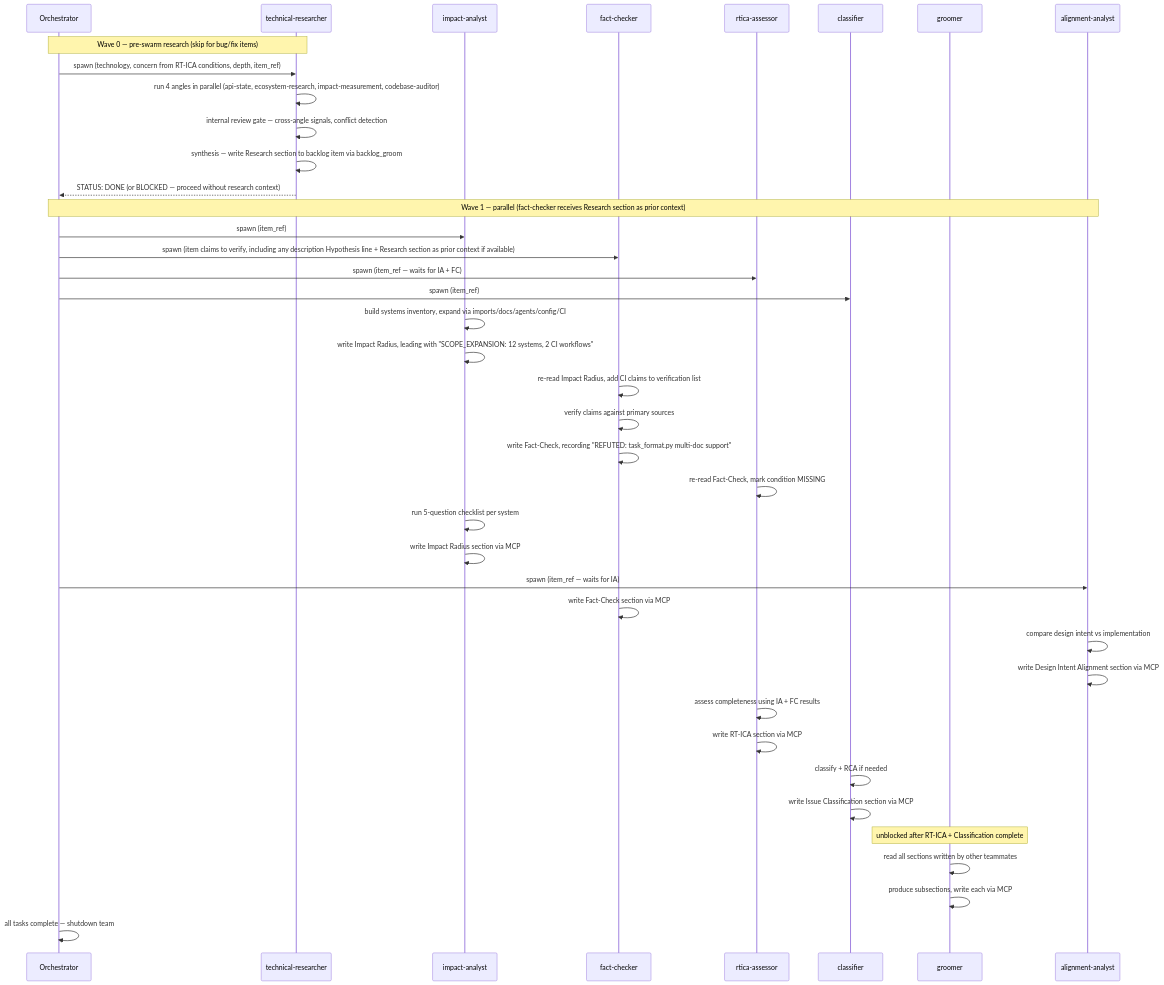
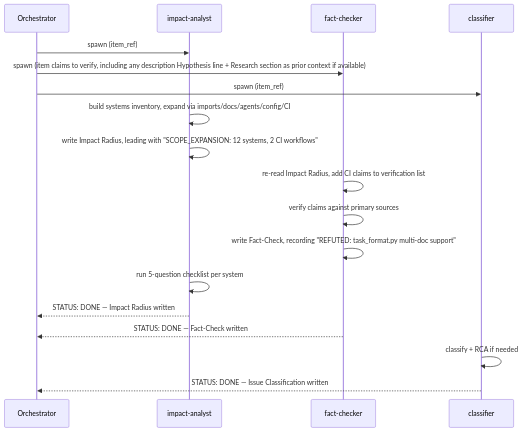
One commit to Jamie-BitFlight/claude_skills changed the first of 3 diagrams in plugins/development-harness/skills/work-backlog-item/references/workflows/groom/swarm.md. Above: the diagram before and after it, drawn with Mermaid. The commit also changed other lines of this file and 31 other files, not shown here.

````diff
--- a/plugins/development-harness/skills/work-backlog-item/references/workflows/groom/swarm.md
+++ b/plugins/development-harness/skills/work-backlog-item/references/workflows/groom/swarm.md
@@ -46,53 +67,25 @@
 ```mermaid
 sequenceDiagram
     participant O as Orchestrator
-    participant TR as technical-researcher
     participant IA as impact-analyst
     participant FC as fact-checker
-    participant RT as rtica-assessor
     participant CL as classifier
-    participant GR as groomer
-    participant AA as alignment-analyst
 
-    Note over O,TR: Wave 0 — pre-swarm research (skip for bug/fix items)
-    O->>TR: spawn (technology, concern from RT-ICA conditions, depth, item_ref)
-    TR->>TR: run 4 angles in parallel (api-state, ecosystem-research, impact-measurement, codebase-auditor)
-    TR->>TR: internal review gate — cross-angle signals, conflict detection
-    TR->>TR: synthesis — write Research section to backlog item via backlog_groom
-    TR-->>O: STATUS: DONE (or BLOCKED — proceed without research context)
-
-    Note over O,AA: Wave 1 — parallel (fact-checker receives Research section as prior context)
     O->>IA: spawn (item_ref)
     O->>FC: spawn (item claims to verify, including any description Hypothesis line + Research section as prior context if available)
-    O->>RT: spawn (item_ref — waits for IA + FC)
     O->>CL: spawn (item_ref)
 
     IA->>IA: build systems inventory, expand via imports/docs/agents/config/CI
     IA->>IA: write Impact Radius, leading with "SCOPE_EXPANSION: 12 systems, 2 CI workflows"
     FC->>FC: re-read Impact Radius, add CI claims to verification list
 
     FC->>FC: verify claims against primary sources
     FC->>FC: write Fact-Check, recording "REFUTED: task_format.py multi-doc support"
-    RT->>RT: re-read Fact-Check, mark condition MISSING
 
     IA->>IA: run 5-question checklist per system
-    IA->>IA: write Impact Radius section via MCP
-    O->>AA: spawn (item_ref — waits for IA)
-
-    FC->>FC: write Fact-Check section via MCP
-
-    AA->>AA: compare design intent vs implementation
-    AA->>AA: write Design Intent Alignment section via MCP
-
-    RT->>RT: assess completeness using IA + FC results
-    RT->>RT: write RT-ICA section via MCP
+    IA-->>O: STATUS: DONE — Impact Radius written
+    FC-->>O: STATUS: DONE — Fact-Check written
 
     CL->>CL: classify + RCA if needed
-    CL->>CL: write Issue Classification section via MCP
-
-    Note over GR: unblocked after RT-ICA + Classification complete
-    GR->>GR: read all sections written by other teammates
-    GR->>GR: produce subsections, write each via MCP
-
-    O->>O: all tasks complete — shutdown team
+    CL-->>O: STATUS: DONE — Issue Classification written
 ```
````
